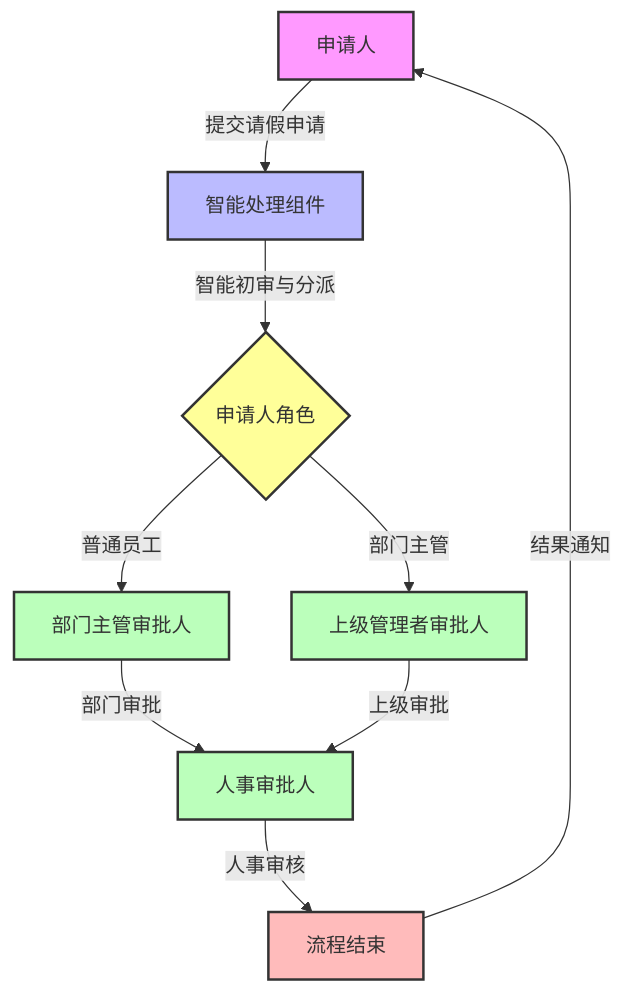
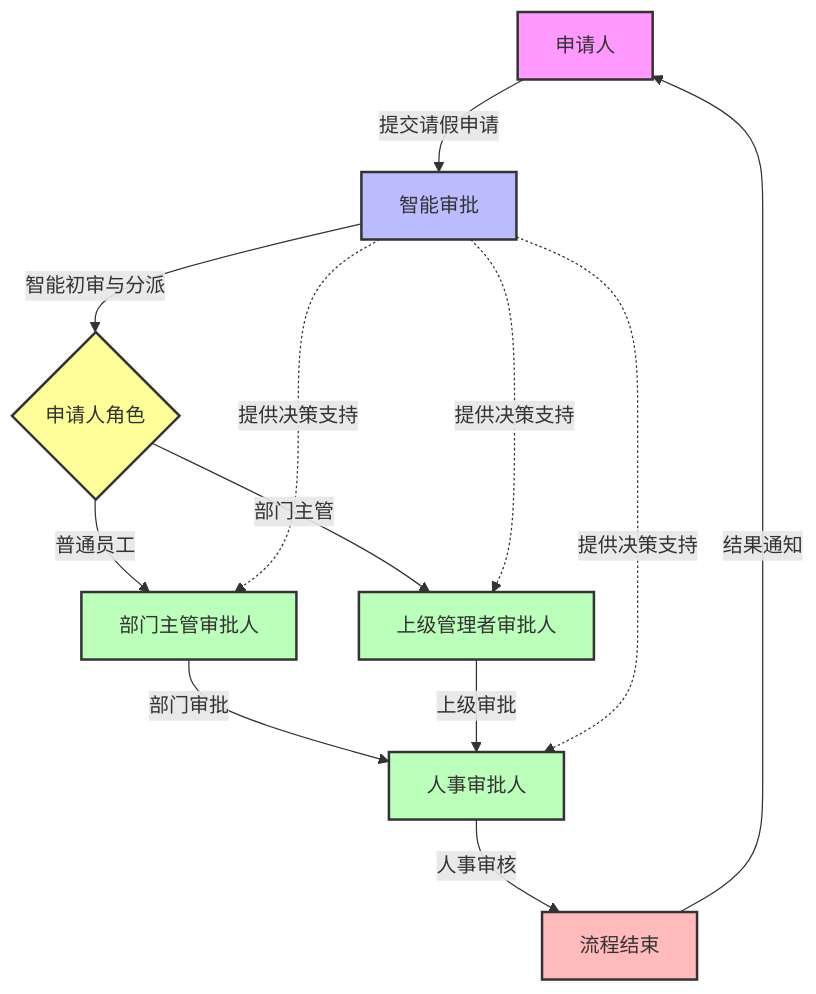
One commit to Moonlight168/blog changed the second of 5 diagrams in src/series/myprojects/FlowMind/开发流程/需求分析/角色定义.md. Above: the diagram before and after it, drawn with Mermaid. The commit also changed other lines of this file and 20 other files, not shown here.

````diff
--- a/src/series/myprojects/FlowMind/开发流程/需求分析/角色定义.md
+++ b/src/series/myprojects/FlowMind/开发流程/需求分析/角色定义.md
@@ -83,23 +91,26 @@
 ```mermaid
 flowchart TD
-    A[申请人] -->|提交请假申请| B[智能处理组件]
+    A[申请人] -->|提交请假申请| B[智能审批]
     B -->|智能初审与分派| K{申请人角色}
     K -->|普通员工| C[部门主管审批人]
     K -->|部门主管| J[上级管理者审批人]
     C -->|部门审批| D[人事审批人]
     J -->|上级审批| D
     D -->|人事审核| E[流程结束]
     E -->|结果通知| A
+    B -.->|提供决策支持| C
+    B -.->|提供决策支持| D
+    B -.->|提供决策支持| J
     
     classDef user fill:#f9f,stroke:#333,stroke-width:2px;
-    classDef agent fill:#bbf,stroke:#333,stroke-width:2px;
+    classDef ai fill:#bbf,stroke:#333,stroke-width:2px;
     classDef approver fill:#bfb,stroke:#333,stroke-width:2px;
     classDef endNode fill:#fbb,stroke:#333,stroke-width:2px;
     classDef decisionNode fill:#ffff99,stroke:#333,stroke-width:2px;
     
     class A user;
-    class B agent;
+    class B ai;
     class C,D,J approver;
     class E endNode;
     class K decisionNode;
 ```
````
